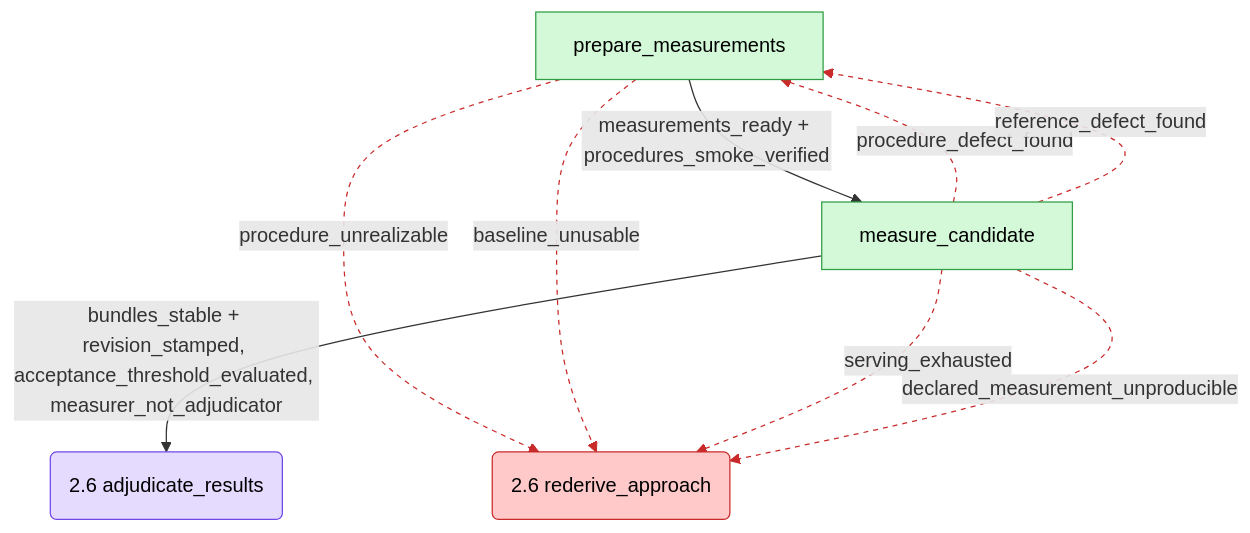
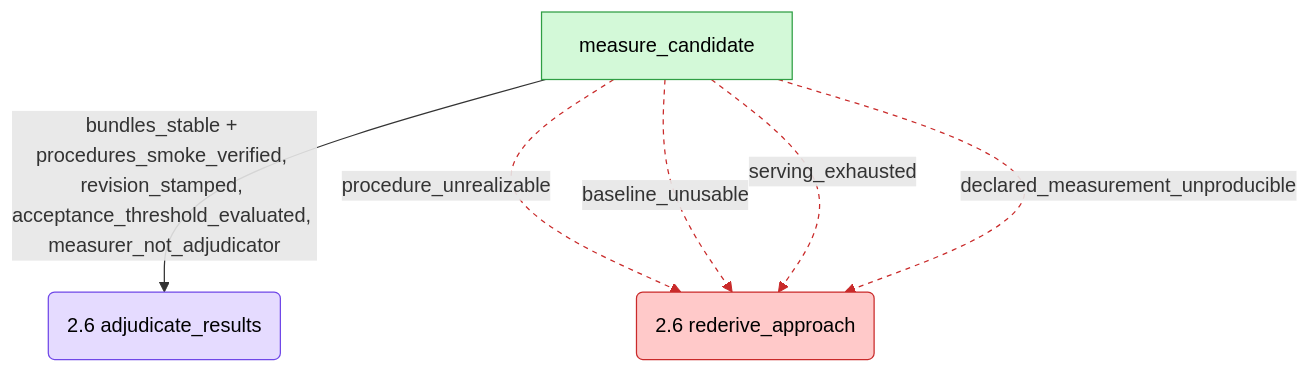
Before and after one commit to jinhuang12/pave: the sixth of 7 diagrams in generated-plugins/vllm-neuron-parity/README.md, drawn with Mermaid. The commit also changed other lines of this file and 334 other files, not shown here.

First line of the commit message:
Release vllm-neuron-parity 1.8.0: revision 18-19 copies, hardware-cost reference, bundled Neuron skills

````diff
--- a/generated-plugins/vllm-neuron-parity/README.md
+++ b/generated-plugins/vllm-neuron-parity/README.md
@@ -350,23 +344,15 @@
 ```mermaid
 flowchart TD
-  pm[prepare_measurements] -->|measurements_ready + procedures_smoke_verified| mc[measure_candidate]
-  pm -->|procedure_unrealizable| rede(2.6 rederive_approach)
-  pm -->|baseline_unusable| rede
-  mc -->|bundles_stable + revision_stamped, acceptance_threshold_evaluated, measurer_not_adjudicator| adj(2.6 adjudicate_results)
-  mc -->|procedure_defect_found| pm
-  mc -->|reference_defect_found| pm
+  mc[measure_candidate] -->|bundles_stable + procedures_smoke_verified, revision_stamped, acceptance_threshold_evaluated, measurer_not_adjudicator| adj(2.6 adjudicate_results)
+  mc -->|procedure_unrealizable| rede(2.6 rederive_approach)
+  mc -->|baseline_unusable| rede
   mc -->|serving_exhausted| rede
   mc -->|declared_measurement_unproducible| rede
-  class pm,mc cMeas
+  class mc cMeas
   class rede cRec
   class adj cAdj
-  classDef cInv fill:#cfe2ff,stroke:#1971c2,color:#000
-  classDef cImpl fill:#ffd8a8,stroke:#e8590c,color:#000
   classDef cMeas fill:#d3f9d8,stroke:#2f9e44,color:#000
   classDef cAdj fill:#e5dbff,stroke:#7048e8,color:#000
-  classDef cRev fill:#fcc2d7,stroke:#d6336c,color:#000
   classDef cRec fill:#ffc9c9,stroke:#c92a2a,color:#000
-  classDef cGate fill:#e9ecef,stroke:#495057,color:#000
-  classDef cEnd fill:#dee2e6,stroke:#868e96,color:#000
-  linkStyle 1,2,4,5,6,7 stroke:#c92a2a,stroke-dasharray:4
+  linkStyle 1,2,3,4 stroke:#c92a2a,stroke-dasharray:4
 ```
````
